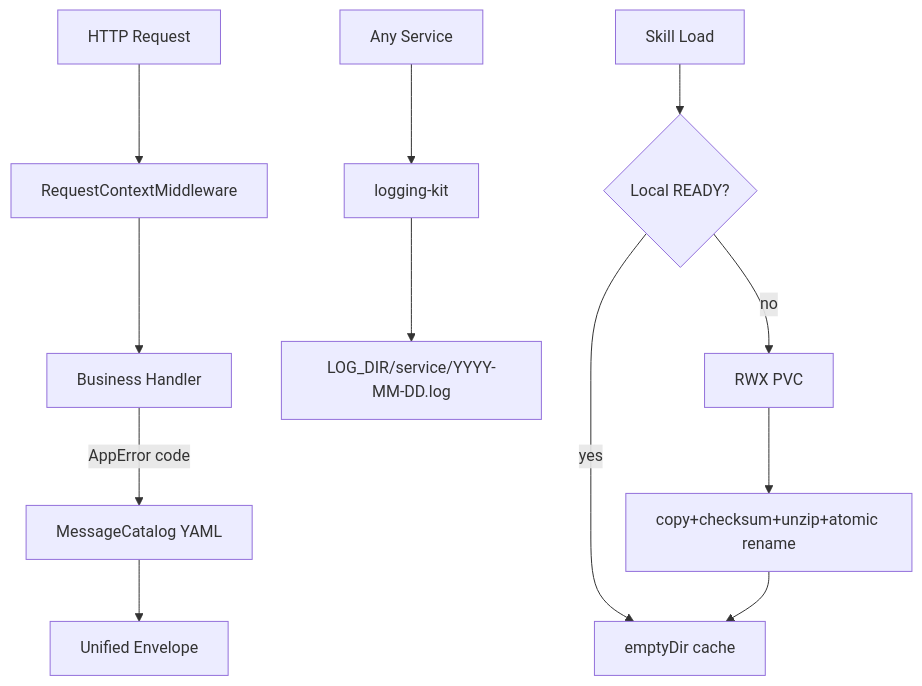
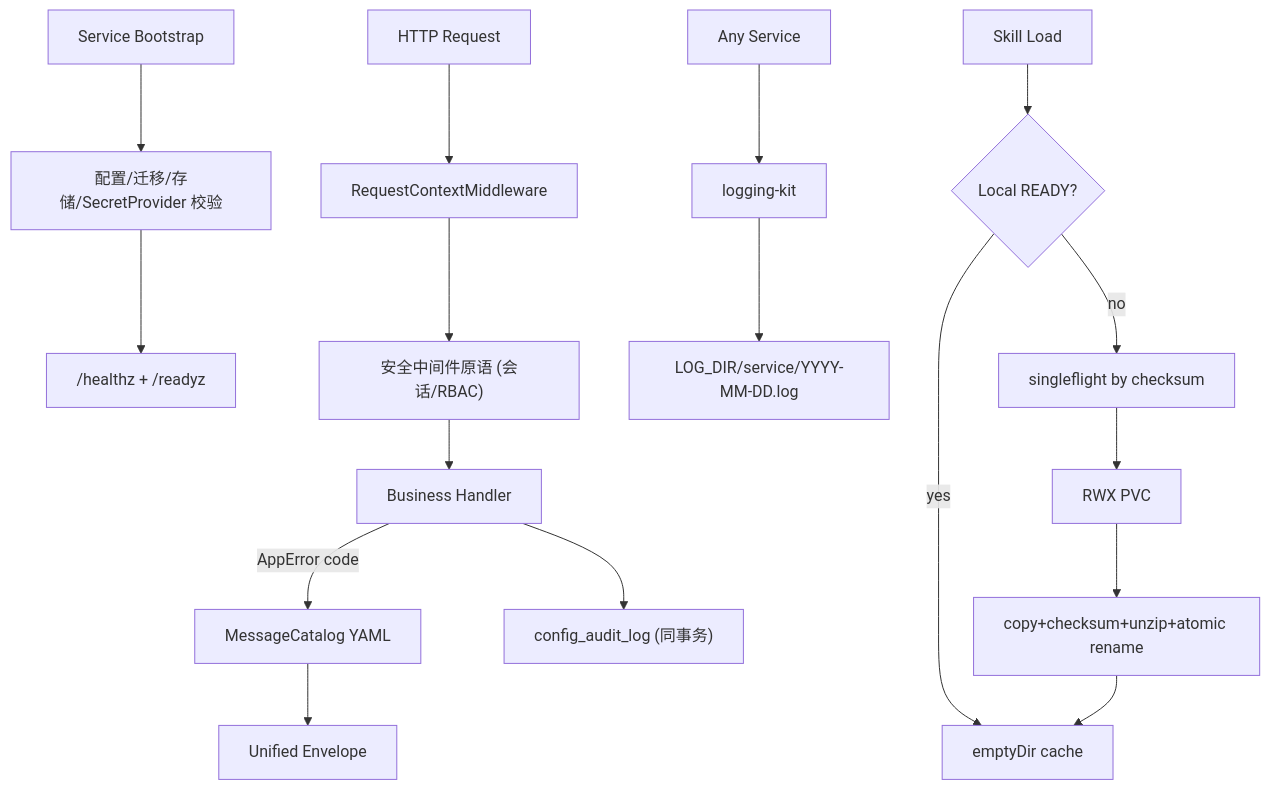
The first of 2 diagrams in .code-flow/tasks/2026-09-17/01-platform-foundation/01-platform-foundation.backend.design.md (Michaelxwb/fluxion-harness), drawn with Mermaid before and after one commit. The commit also changed other lines of this file and 33 other files, not shown here.

````diff
--- a/.code-flow/tasks/2026-09-17/01-platform-foundation/01-platform-foundation.backend.design.md
+++ b/.code-flow/tasks/2026-09-17/01-platform-foundation/01-platform-foundation.backend.design.md
@@ -120,11 +160,15 @@
 ```mermaid
 flowchart TD
+  BOOT["Service Bootstrap"] --> CFG["配置/迁移/存储/SecretProvider 校验"]
+  CFG --> READY["/healthz + /readyz"]
   REQ["HTTP Request"] --> CTX["RequestContextMiddleware"]
-  CTX --> APP["Business Handler"]
+  CTX --> SEC["安全中间件原语 (会话/RBAC)"]
+  SEC --> APP["Business Handler"]
   APP -->|AppError code| CAT["MessageCatalog YAML"]
+  APP --> AUD["config_audit_log (同事务)"]
   CAT --> ENV["Unified Envelope"]
   LOG["Any Service"] --> LK["logging-kit"] --> FILE["LOG_DIR/service/YYYY-MM-DD.log"]
   EXEC["Skill Load"] --> HIT{"Local READY?"}
   HIT -->|yes| LOCAL["emptyDir cache"]
-  HIT -->|no| NFS["RWX PVC"] --> VERIFY["copy+checksum+unzip+atomic rename"] --> LOCAL
+  HIT -->|no| SF["singleflight by checksum"] --> NFS["RWX PVC"] --> VERIFY["copy+checksum+unzip+atomic rename"] --> LOCAL
 ```
````
